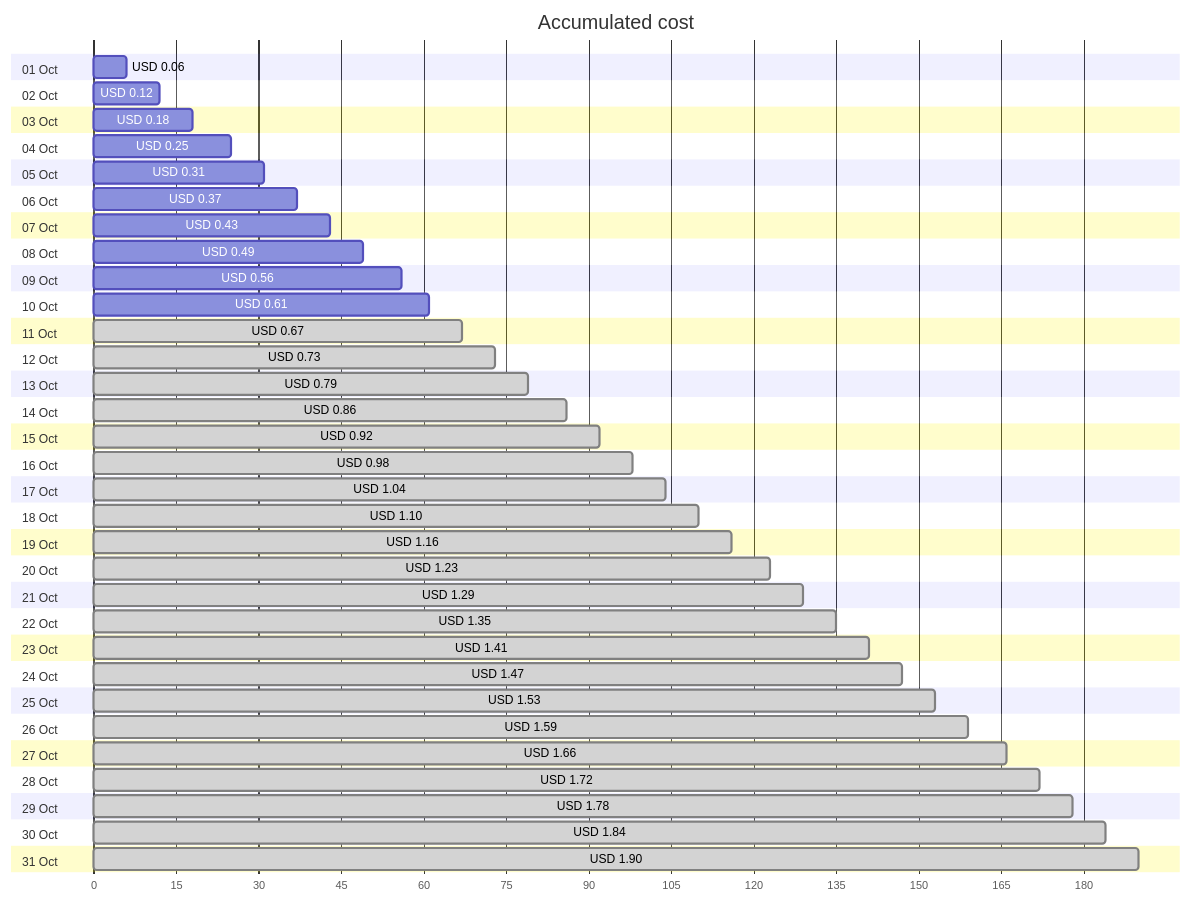
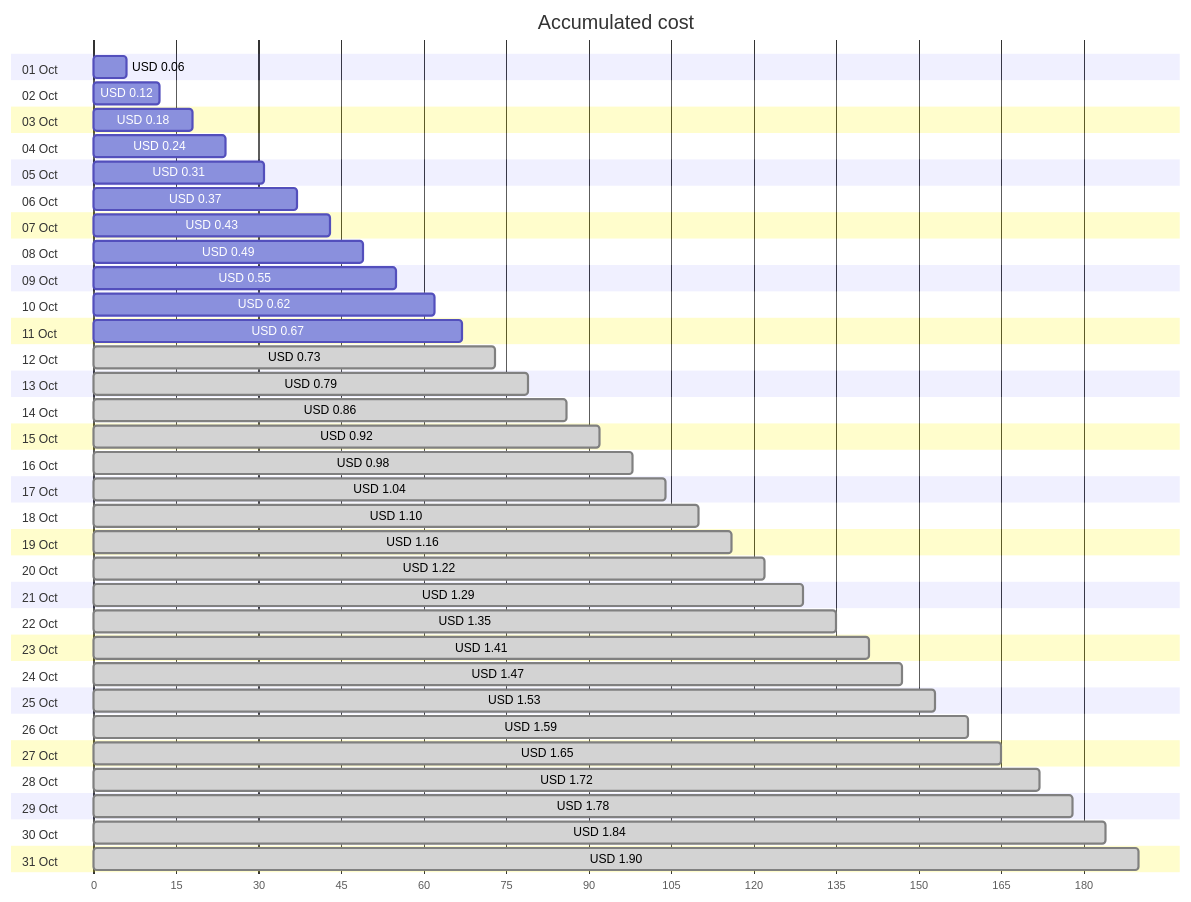
The first of 4 diagrams in cost-reports/personal-network/backup-server_OsDisk.md (jpfulton/azure-personal-reports), drawn with Mermaid before and after one commit. The commit also changed other lines of this file and 8 other files, not shown here.

````diff
--- a/cost-reports/personal-network/backup-server_OsDisk.md
+++ b/cost-reports/personal-network/backup-server_OsDisk.md
@@ -20,68 +20,68 @@
 ```mermaid
 gantt
    title Accumulated cost
    dateFormat  X
    axisFormat %s
    section 01 Oct
    USD 0.06 :0, 6
    section 02 Oct
    USD 0.12 :0, 12
    section 03 Oct
    USD 0.18 :0, 18
    section 04 Oct
-   USD 0.25 :0, 25
+   USD 0.24 :0, 24
    section 05 Oct
    USD 0.31 :0, 31
    section 06 Oct
    USD 0.37 :0, 37
    section 07 Oct
    USD 0.43 :0, 43
    section 08 Oct
    USD 0.49 :0, 49
    section 09 Oct
-   USD 0.56 :0, 56
+   USD 0.55 :0, 55
    section 10 Oct
-   USD 0.61 :0, 61
+   USD 0.62 :0, 62
    section 11 Oct
-   USD 0.67 : done, 0, 67
+   USD 0.67 :0, 67
    section 12 Oct
    USD 0.73 : done, 0, 73
    section 13 Oct
    USD 0.79 : done, 0, 79
    section 14 Oct
    USD 0.86 : done, 0, 86
    section 15 Oct
    USD 0.92 : done, 0, 92
    section 16 Oct
    USD 0.98 : done, 0, 98
    section 17 Oct
    USD 1.04 : done, 0, 104
    section 18 Oct
    USD 1.10 : done, 0, 110
    section 19 Oct
    USD 1.16 : done, 0, 116
    section 20 Oct
-   USD 1.23 : done, 0, 123
+   USD 1.22 : done, 0, 122
    section 21 Oct
    USD 1.29 : done, 0, 129
    section 22 Oct
    USD 1.35 : done, 0, 135
    section 23 Oct
    USD 1.41 : done, 0, 141
    section 24 Oct
    USD 1.47 : done, 0, 147
    section 25 Oct
    USD 1.53 : done, 0, 153
    section 26 Oct
    USD 1.59 : done, 0, 159
    section 27 Oct
-   USD 1.66 : done, 0, 166
+   USD 1.65 : done, 0, 165
    section 28 Oct
    USD 1.72 : done, 0, 172
    section 29 Oct
    USD 1.78 : done, 0, 178
    section 30 Oct
    USD 1.84 : done, 0, 184
    section 31 Oct
    USD 1.90 : done, 0, 190
 ```
````
